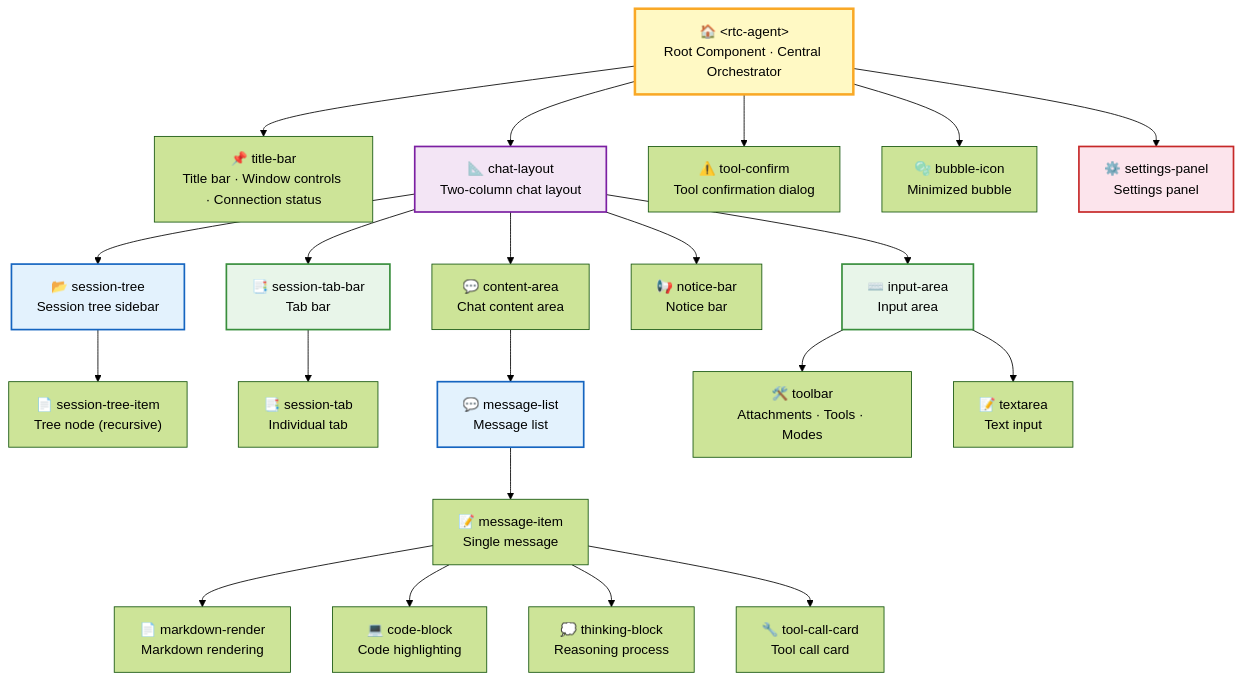
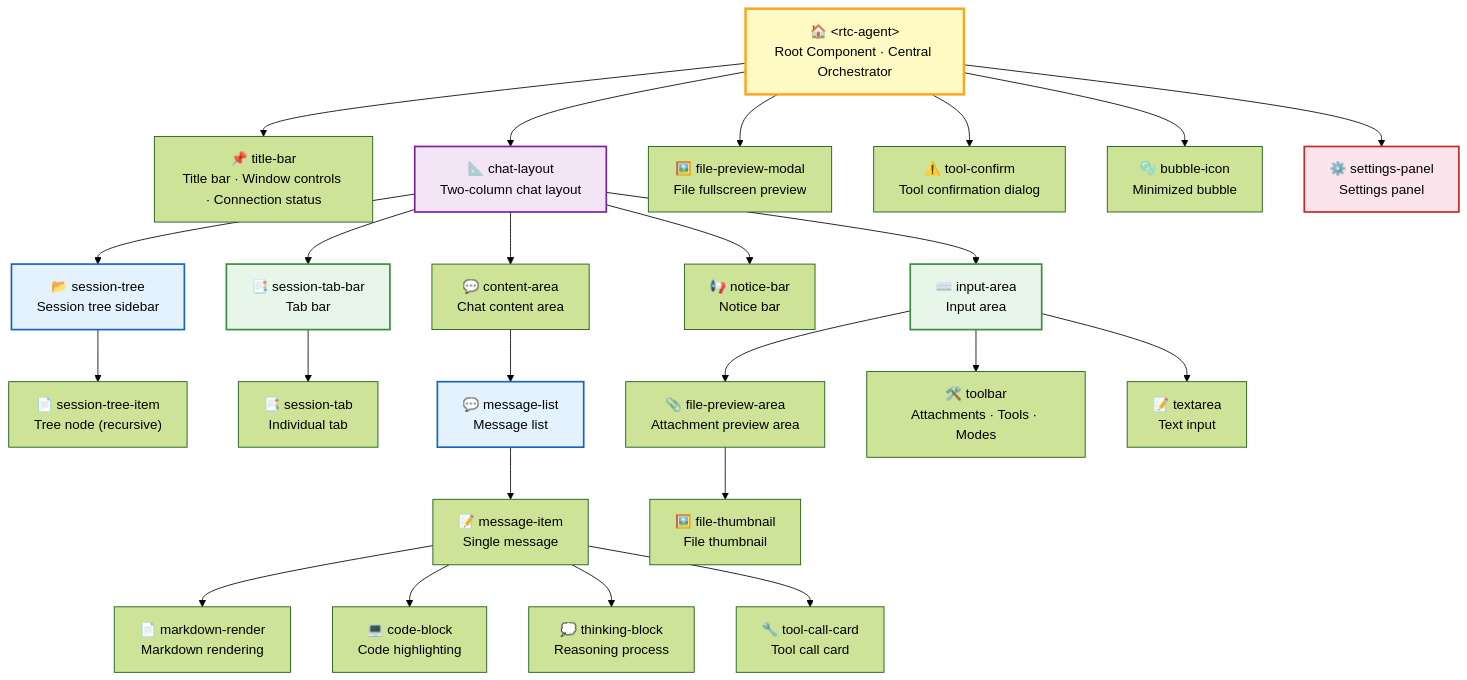
The first of 11 diagrams in src/content/docs/en/architecture/frontend.md (rtc-agent/docs), drawn with Mermaid (forest theme) before and after one commit. The commit also changed other lines of this file and 7 other files, not shown here.

````diff
--- a/src/content/docs/en/architecture/frontend.md
+++ b/src/content/docs/en/architecture/frontend.md
@@ -10,39 +10,42 @@
 ```mermaid
 flowchart TD
     ROOT["🏠 &lt;rtc-agent&gt;<br/>Root Component · Central Orchestrator"]
 
     ROOT --> HEADER["📌 title-bar<br/>Title bar · Window controls · Connection status"]
     ROOT --> LAYOUT["📐 chat-layout<br/>Two-column chat layout"]
 
     LAYOUT --> TREE["📂 session-tree<br/>Session tree sidebar"]
     TREE --> TREEITEM["📄 session-tree-item<br/>Tree node (recursive)"]
 
     LAYOUT --> TABBAR["📑 session-tab-bar<br/>Tab bar"]
     TABBAR --> TAB["📑 session-tab<br/>Individual tab"]
 
     LAYOUT --> CONTENT["💬 content-area<br/>Chat content area"]
     LAYOUT --> NOTICE["📢 notice-bar<br/>Notice bar"]
     LAYOUT --> INPUT["⌨️ input-area<br/>Input area"]
 
     CONTENT --> MSG["💬 message-list<br/>Message list"]
     MSG --> MSGITEM["📝 message-item<br/>Single message"]
     MSGITEM --> MD["📄 markdown-render<br/>Markdown rendering"]
     MSGITEM --> CODE["💻 code-block<br/>Code highlighting"]
     MSGITEM --> THINK["💭 thinking-block<br/>Reasoning process"]
     MSGITEM --> TOOL["🔧 tool-call-card<br/>Tool call card"]
 
+    INPUT --> FPA["📎 file-preview-area<br/>Attachment preview area"]
+    FPA --> THUMB["🖼️ file-thumbnail<br/>File thumbnail"]
     INPUT --> TOOLBAR["🛠️ toolbar<br/>Attachments · Tools · Modes"]
     INPUT --> TA["📝 textarea<br/>Text input"]
 
+    ROOT --> FPM["🖼️ file-preview-modal<br/>File fullscreen preview"]
     ROOT --> CONFIRM["⚠️ tool-confirm<br/>Tool confirmation dialog"]
     ROOT --> BUBBLE["🫧 bubble-icon<br/>Minimized bubble"]
     ROOT --> SETTINGS_PANEL["⚙️ settings-panel<br/>Settings panel"]
 
     style ROOT fill:#fff9c4,stroke:#f9a825,stroke-width:3px
     style LAYOUT fill:#f3e5f5,stroke:#7b1fa2,stroke-width:2px
     style TREE fill:#e3f2fd,stroke:#1565c0,stroke-width:2px
     style TABBAR fill:#e8f5e9,stroke:#388e3c,stroke-width:2px
     style MSG fill:#e3f2fd,stroke:#1565c0,stroke-width:2px
     style INPUT fill:#e8f5e9,stroke:#388e3c,stroke-width:2px
     style SETTINGS_PANEL fill:#fce4ec,stroke:#c62828,stroke-width:2px
 ```
````
